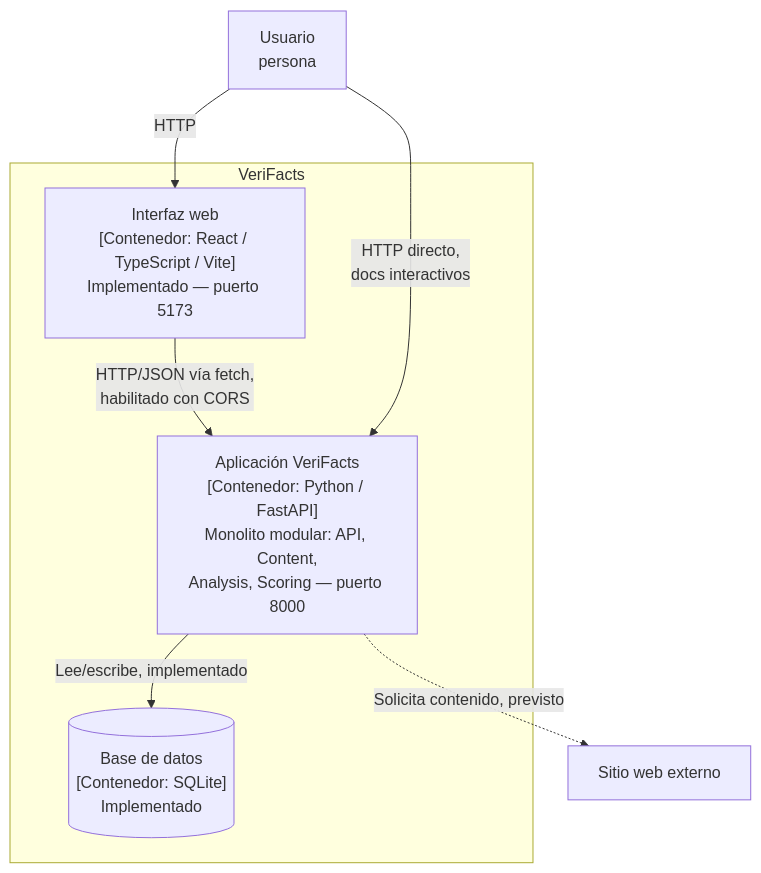
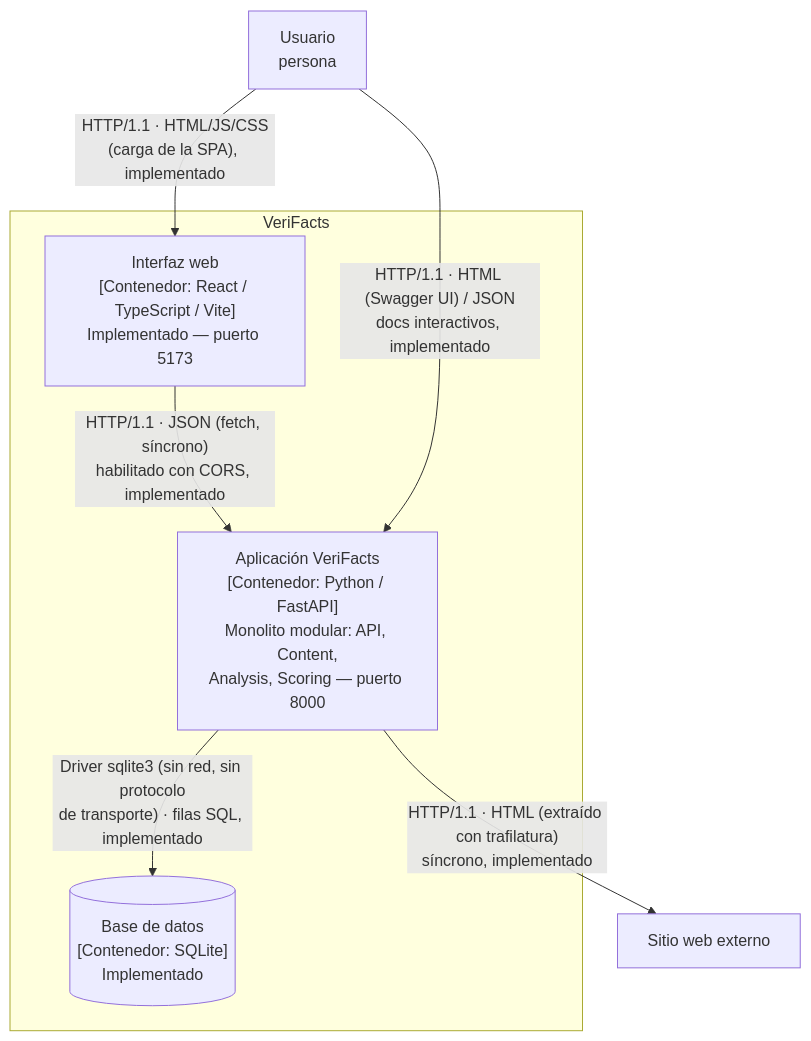
One commit to ISCOUTB/AS_202620_Verifacts changed the diagram in docs/c4/02-contenedores.md. Above: the diagram before and after it, drawn with Mermaid. The commit also changed other lines of this file, not shown here.

First line of the commit message:
Enhance database entry details and API status

````diff
--- a/docs/c4/02-contenedores.md
+++ b/docs/c4/02-contenedores.md
@@ -21,18 +22,18 @@
 ```mermaid
 flowchart TB
     U[Usuario<br/>persona]
 
     subgraph VF[VeriFacts]
         FE["Interfaz web<br/>[Contenedor: React / TypeScript / Vite]<br/>Implementado — puerto 5173"]
         API["Aplicación VeriFacts<br/>[Contenedor: Python / FastAPI]<br/>Monolito modular: API, Content,<br/>Analysis, Scoring — puerto 8000"]
         DB[("Base de datos<br/>[Contenedor: SQLite]<br/>Implementado")]
     end
 
     W[Sitio web externo]
 
-    U -->|HTTP| FE
-    FE -->|HTTP/JSON vía fetch,<br/>habilitado con CORS| API
-    U -->|HTTP directo,<br/>docs interactivos| API
-    API -->|Lee/escribe, implementado| DB
-    API -.->|Solicita contenido, previsto| W
+    U -->|"HTTP/1.1 · HTML/JS/CSS<br/>(carga de la SPA), implementado"| FE
+    FE -->|"HTTP/1.1 · JSON (fetch, síncrono)<br/>habilitado con CORS, implementado"| API
+    U -->|"HTTP/1.1 · HTML (Swagger UI) / JSON<br/>docs interactivos, implementado"| API
+    API -->|"Driver sqlite3 (sin red, sin protocolo<br/>de transporte) · filas SQL, implementado"| DB
+    API -->|"HTTP/1.1 · HTML (extraído con trafilatura)<br/>síncrono, implementado"| W
 ```
````
